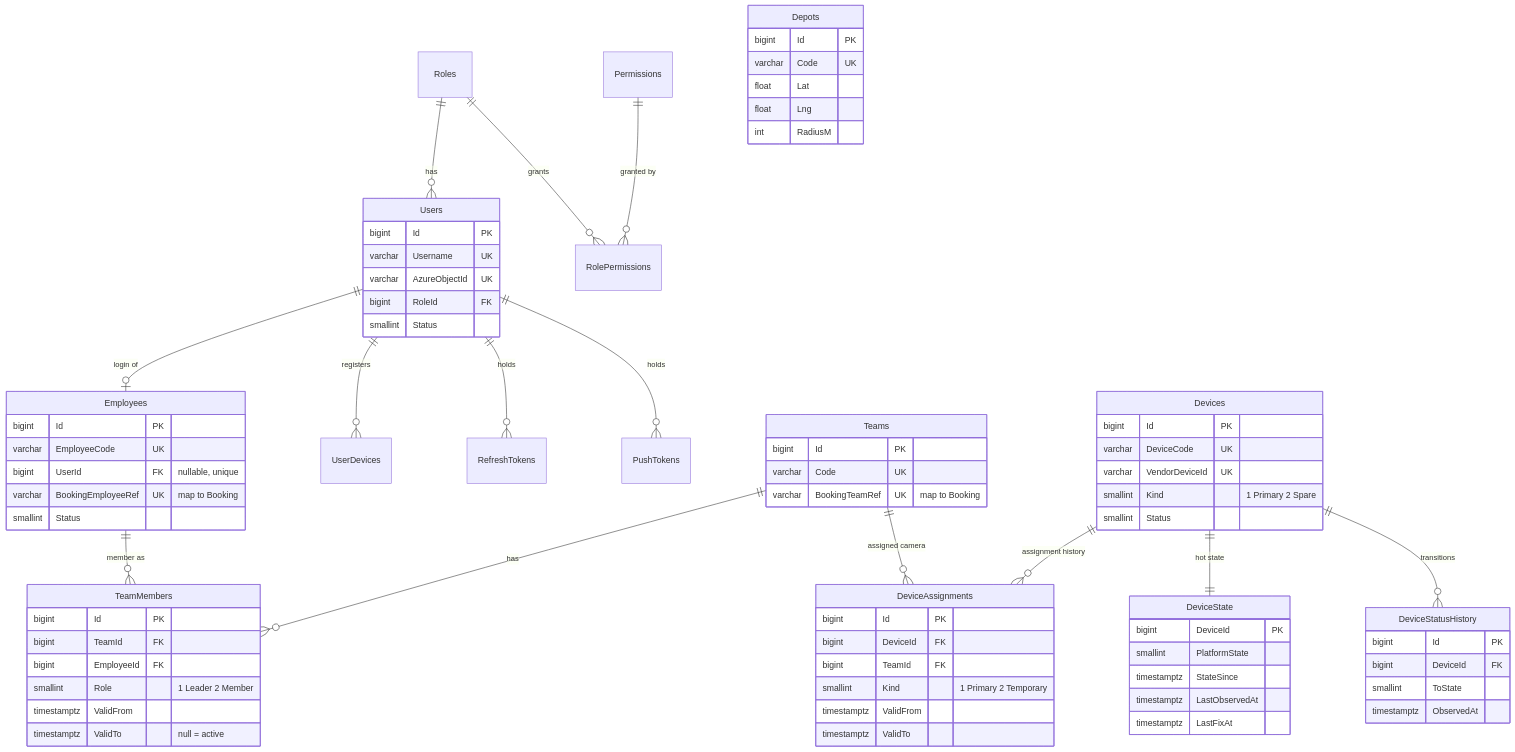
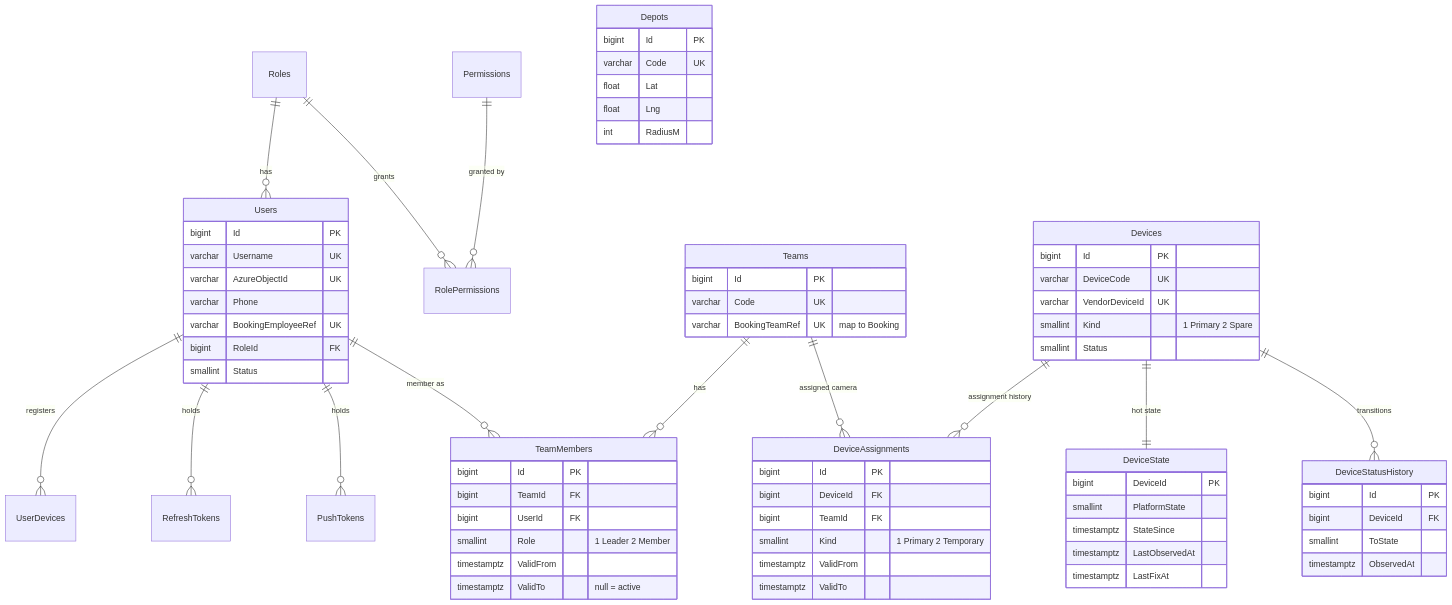
One commit to b-werayut/psd-bodycam-v1.0 changed the first of 3 diagrams in docs/blueprint/04-database-design.md. Above: the diagram before and after it, drawn with Mermaid. The commit also changed other lines of this file and 224 other files, not shown here.

````diff
--- a/docs/blueprint/04-database-design.md
+++ b/docs/blueprint/04-database-design.md
@@ -34,79 +34,73 @@
 ```mermaid
 erDiagram
-  Users ||--o| Employees : "login of"
   Roles ||--o{ Users : has
   Roles ||--o{ RolePermissions : grants
   Permissions ||--o{ RolePermissions : "granted by"
   Users ||--o{ UserDevices : registers
   Users ||--o{ RefreshTokens : holds
   Users ||--o{ PushTokens : holds
   Teams ||--o{ TeamMembers : has
-  Employees ||--o{ TeamMembers : "member as"
+  Users ||--o{ TeamMembers : "member as"
   Teams ||--o{ DeviceAssignments : "assigned camera"
   Devices ||--o{ DeviceAssignments : "assignment history"
   Devices ||--|| DeviceState : "hot state"
   Devices ||--o{ DeviceStatusHistory : transitions
 
-  Employees {
-    bigint Id PK
-    varchar EmployeeCode UK
-    bigint UserId FK "nullable, unique"
-    varchar BookingEmployeeRef UK "map to Booking"
-    smallint Status
-  }
   Users {
     bigint Id PK
     varchar Username UK
     varchar AzureObjectId UK
+    varchar Phone
+    varchar BookingEmployeeRef UK
     bigint RoleId FK
     smallint Status
   }
   Teams {
     bigint Id PK
     varchar Code UK
     varchar BookingTeamRef UK "map to Booking"
   }
   TeamMembers {
     bigint Id PK
     bigint TeamId FK
-    bigint EmployeeId FK
+    bigint UserId FK
     smallint Role "1 Leader 2 Member"
     timestamptz ValidFrom
     timestamptz ValidTo "null = active"
   }
   Devices {
     bigint Id PK
     varchar DeviceCode UK
     varchar VendorDeviceId UK
     smallint Kind "1 Primary 2 Spare"
     smallint Status
   }
   DeviceState {
     bigint DeviceId PK
     smallint PlatformState
     timestamptz StateSince
     timestamptz LastObservedAt
     timestamptz LastFixAt
   }
   DeviceAssignments {
     bigint Id PK
     bigint DeviceId FK
     bigint TeamId FK
     smallint Kind "1 Primary 2 Temporary"
     timestamptz ValidFrom
     timestamptz ValidTo
   }
   Depots {
     bigint Id PK
     varchar Code UK
     float Lat
     float Lng
     int RadiusM
   }
   DeviceStatusHistory {
     bigint Id PK
     bigint DeviceId FK
     smallint ToState
     timestamptz ObservedAt
   }
 ```
````
